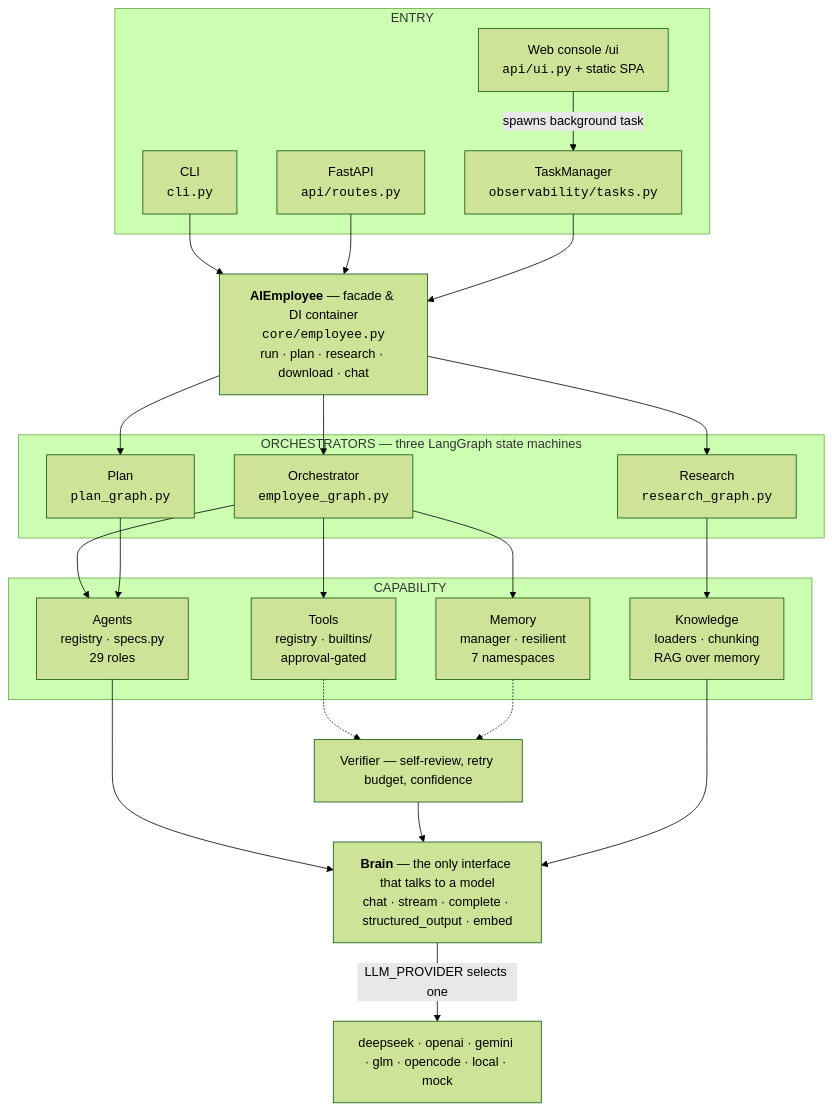
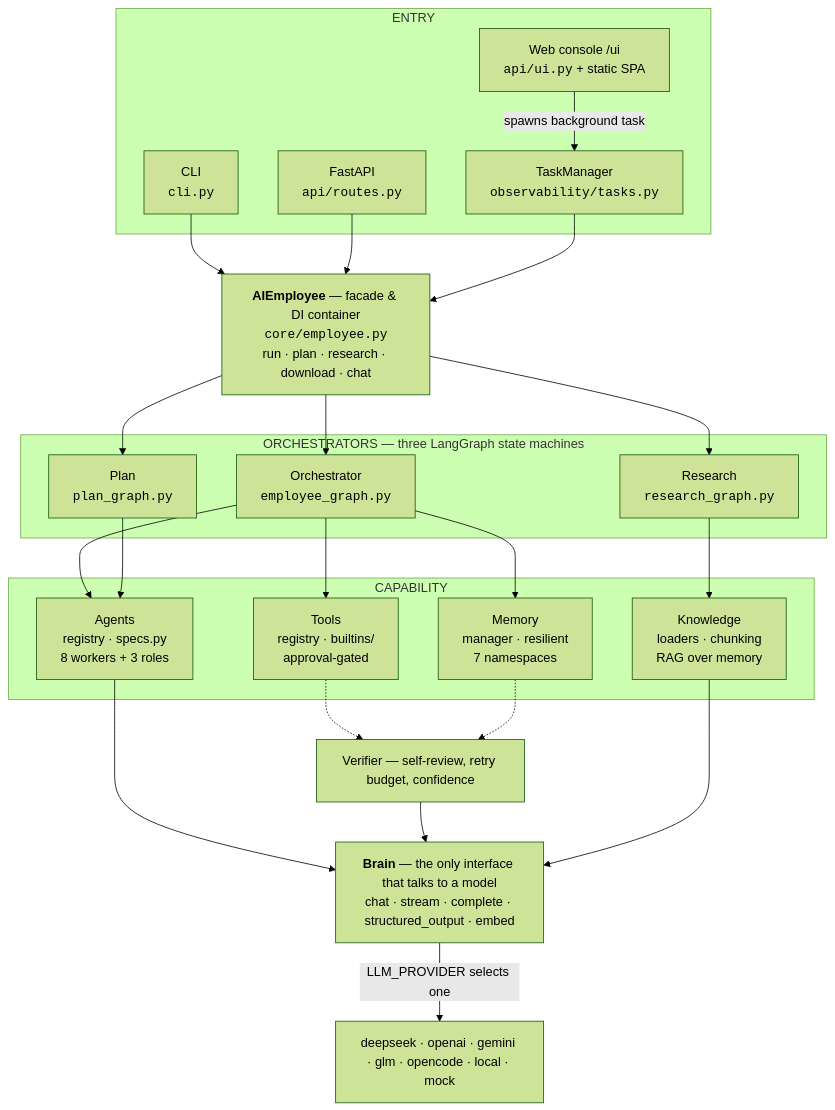
Before and after one commit to ParmpalSinghGill/AiEmployee: the first of 4 diagrams in docs/architecture-diagrams.md, drawn with Mermaid (forest theme). The commit also changed other lines of this file and 8 other files, not shown here.

````diff
--- a/docs/architecture-diagrams.md
+++ b/docs/architecture-diagrams.md
@@ -23,43 +23,43 @@
 ```mermaid
 flowchart TD
     subgraph entry["ENTRY"]
         CLI["CLI<br/><code>cli.py</code>"]
         API["FastAPI<br/><code>api/routes.py</code>"]
         UI["Web console /ui<br/><code>api/ui.py</code> + static SPA"]
         TM["TaskManager<br/><code>observability/tasks.py</code>"]
     end
 
     FACADE["<b>AIEmployee</b> — facade &amp; DI container<br/><code>core/employee.py</code><br/>run · plan · research · download · chat"]
 
     subgraph graphs["ORCHESTRATORS — three LangGraph state machines"]
         ORCH["Orchestrator<br/><code>employee_graph.py</code>"]
         PLAN["Plan<br/><code>plan_graph.py</code>"]
         RES["Research<br/><code>research_graph.py</code>"]
     end
 
     subgraph cap["CAPABILITY"]
-        AG["Agents<br/>registry · specs.py<br/>29 roles"]
+        AG["Agents<br/>registry · specs.py<br/>8 workers + 3 roles"]
         TL["Tools<br/>registry · builtins/<br/>approval-gated"]
         ME["Memory<br/>manager · resilient<br/>7 namespaces"]
         KN["Knowledge<br/>loaders · chunking<br/>RAG over memory"]
     end
 
     VER["Verifier — self-review, retry budget, confidence"]
     BRAIN["<b>Brain</b> — the only interface that talks to a model<br/>chat · stream · complete · structured_output · embed"]
     PROV["deepseek · openai · gemini · glm · opencode · local · mock"]
 
     CLI --> FACADE
     API --> FACADE
     UI -->|"spawns background task"| TM
     TM --> FACADE
     FACADE --> ORCH & PLAN & RES
     ORCH --> AG & TL & ME
     RES --> KN
     PLAN --> AG
     TL -.-> VER
     ME -.-> VER
     AG --> BRAIN
     VER --> BRAIN
     KN --> BRAIN
     BRAIN -->|"LLM_PROVIDER selects one"| PROV
 ```
````
